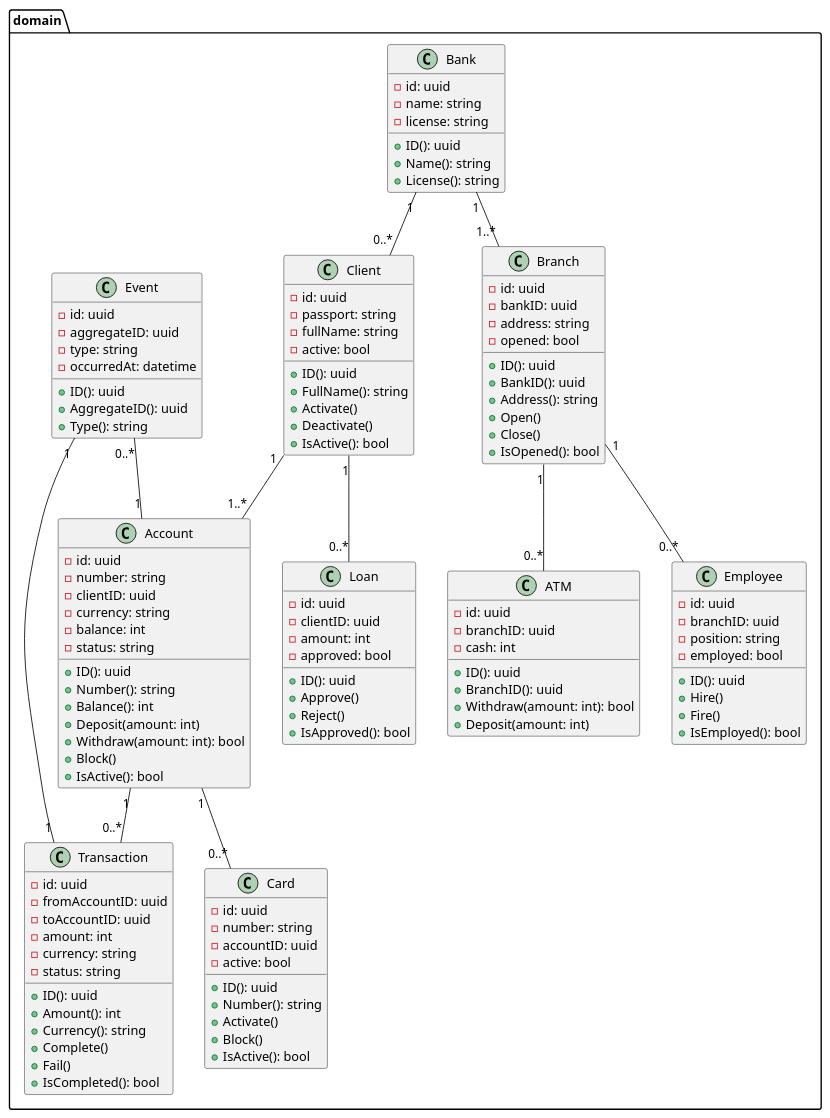
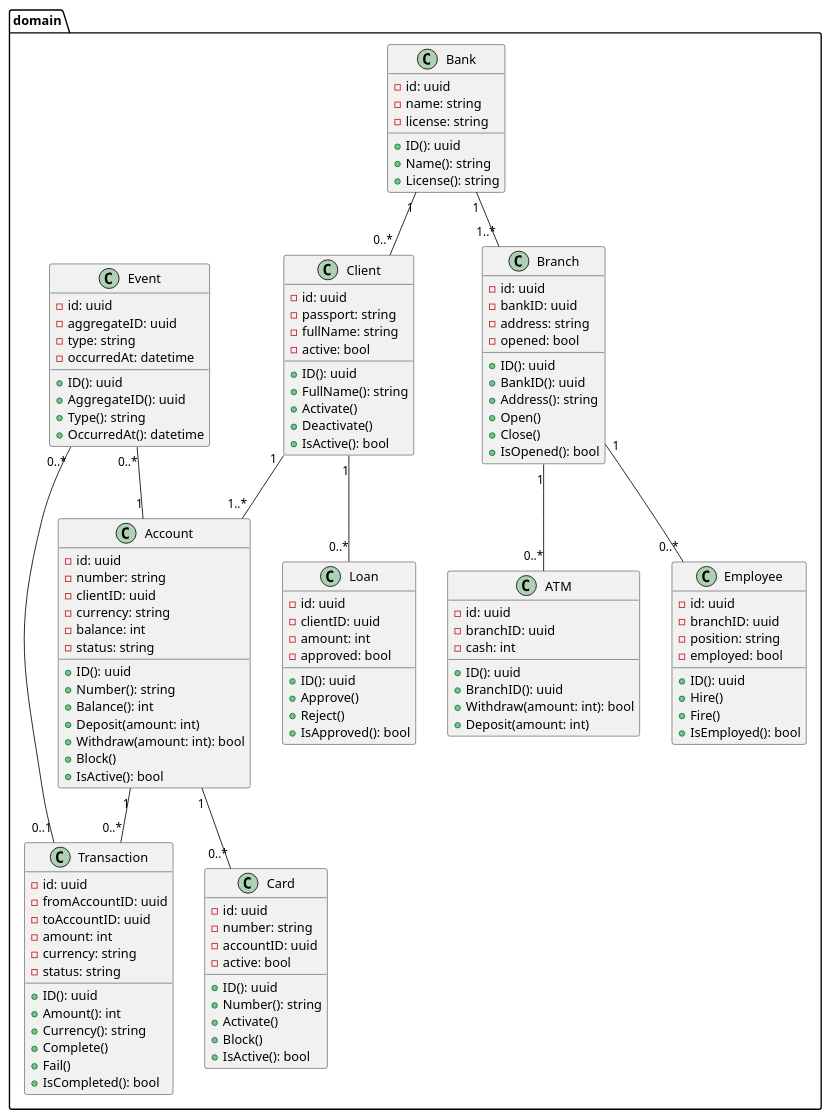
One commit to n1jke/oop-bsuir-2025 changed the diagram in laboratory_work-1/diagram.puml. Above: the diagram before and after it, drawn with PlantUML. The commit also changed 13 other files, not shown here.

Commit message:
refactor: domain model - move up domain model to consistency with uml diagram - refactor prev models to model without strong dependencies and connections

```diff
--- a/laboratory_work-1/diagram.puml
+++ b/laboratory_work-1/diagram.puml
@@ -1,141 +1,142 @@
-@startuml
+@startuml domain-model
 
 namespace domain {
 
 class Bank {
   -id: uuid
   -name: string
   -license: string
-  +ID(): uuid
+  +ID(): uuid 
   +Name(): string
   +License(): string
 }
 
 class Branch {
   -id: uuid
   -bankID: uuid
   -address: string
   -opened: bool
   +ID(): uuid
   +BankID(): uuid
   +Address(): string
   +Open()
   +Close()
   +IsOpened(): bool
 }
 
 class Client {
   -id: uuid
   -passport: string
   -fullName: string
   -active: bool
   +ID(): uuid
   +FullName(): string
   +Activate()
   +Deactivate()
   +IsActive(): bool
 }
 
 class Account {
   -id: uuid
   -number: string
   -clientID: uuid
   -currency: string
   -balance: int
   -status: string
   +ID(): uuid
   +Number(): string
   +Balance(): int
   +Deposit(amount: int)
   +Withdraw(amount: int): bool
   +Block()
   +IsActive(): bool
 }
 
 class Transaction {
   -id: uuid
   -fromAccountID: uuid
   -toAccountID: uuid
   -amount: int
   -currency: string
   -status: string
   +ID(): uuid
   +Amount(): int
   +Currency(): string
   +Complete()
   +Fail()
   +IsCompleted(): bool
 }
 
 class Card {
   -id: uuid
   -number: string
   -accountID: uuid
   -active: bool
   +ID(): uuid
   +Number(): string
   +Activate()
   +Block()
   +IsActive(): bool
 }
 
 class Employee {
   -id: uuid
   -branchID: uuid
   -position: string
   -employed: bool
   +ID(): uuid
   +Hire()
   +Fire()
   +IsEmployed(): bool
 }
 
 class Loan {
   -id: uuid
   -clientID: uuid
   -amount: int
   -approved: bool
   +ID(): uuid
   +Approve()
   +Reject()
   +IsApproved(): bool
 }
 
 class ATM {
   -id: uuid
   -branchID: uuid
   -cash: int
   +ID(): uuid
   +BranchID(): uuid
   +Withdraw(amount: int): bool
   +Deposit(amount: int)
 }
 
 class Event {
   -id: uuid
   -aggregateID: uuid
   -type: string
   -occurredAt: datetime
   +ID(): uuid
   +AggregateID(): uuid
   +Type(): string
+  +OccurredAt(): datetime
 }
 
 }
 
 domain.Bank "1" -- "1..*" domain.Branch
 domain.Bank "1" -- "0..*" domain.Client
 
 domain.Branch "1" -- "0..*" domain.Employee
 domain.Branch "1" -- "0..*" domain.ATM
 
 domain.Client "1" -- "1..*" domain.Account
 domain.Client "1" -- "0..*" domain.Loan
 
 domain.Account "1" -- "0..*" domain.Card
 domain.Account "1" -- "0..*" domain.Transaction 
 
 domain.Event "0..*" -- "1" domain.Account
-domain.Event "1" -- "1" domain.Transaction
+domain.Event "0..*" -- "0..1" domain.Transaction
 
 @enduml
```
